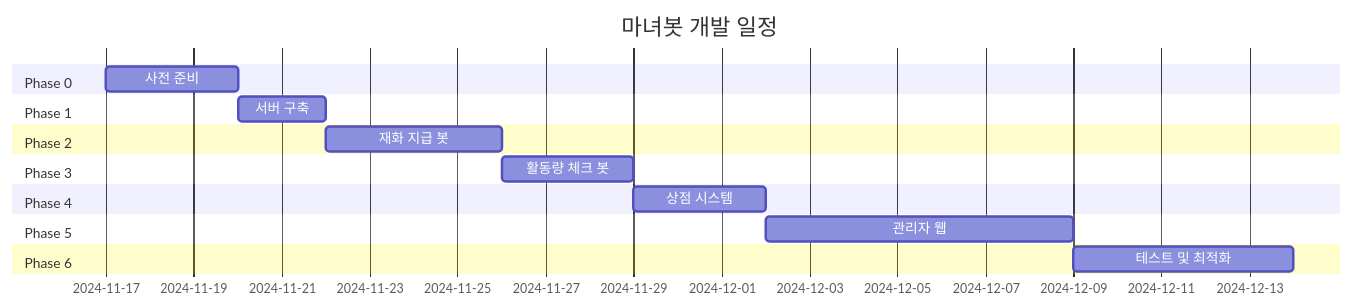
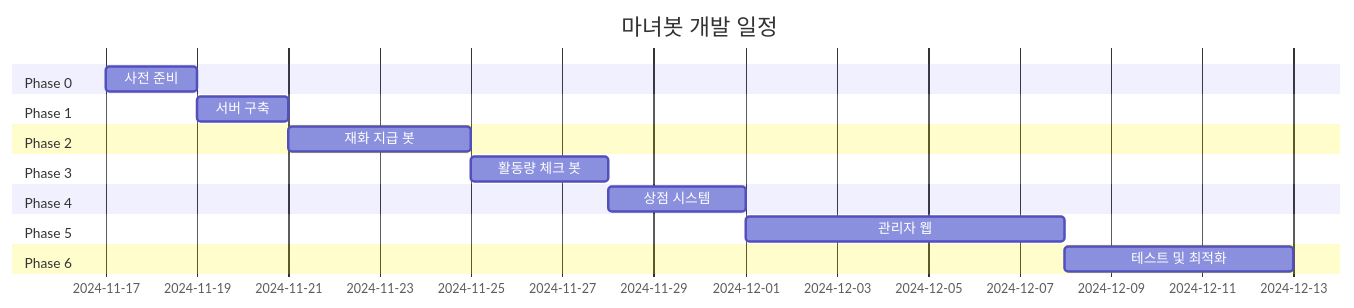
Before and after one commit to NinoNinoNinoling/commumanager: the diagram in docs/로드맵.md, drawn with Mermaid. The commit also changed other lines of this file and 1 other file, not shown here.

First line of the commit message:
Update project timeline and success criteria

````diff
--- a/docs/로드맵.md
+++ b/docs/로드맵.md
@@ -5,19 +5,19 @@
 ```mermaid
 gantt
     title 마녀봇 개발 일정
     dateFormat  YYYY-MM-DD
     section Phase 0
-    사전 준비           :p0, 2024-11-17, 3d
+    사전 준비           :p0, 2024-11-17, 2d
     section Phase 1
     서버 구축           :p1, after p0, 2d
     section Phase 2
     재화 지급 봇        :p2, after p1, 4d
     section Phase 3
     활동량 체크 봇      :p3, after p2, 3d
     section Phase 4
     상점 시스템         :p4, after p3, 3d
     section Phase 5
     관리자 웹           :p5, after p4, 7d
     section Phase 6
     테스트 및 최적화    :p6, after p5, 5d
 ```
````
